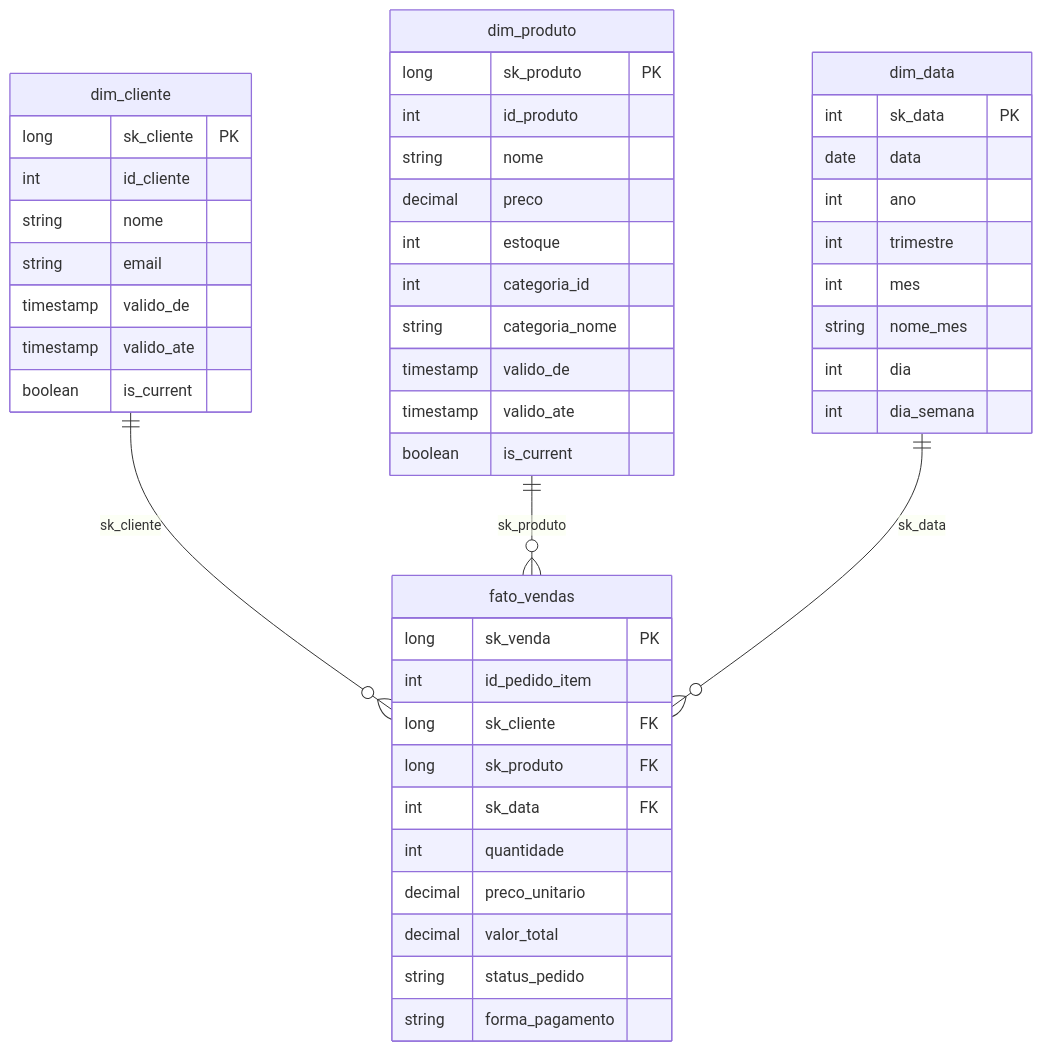
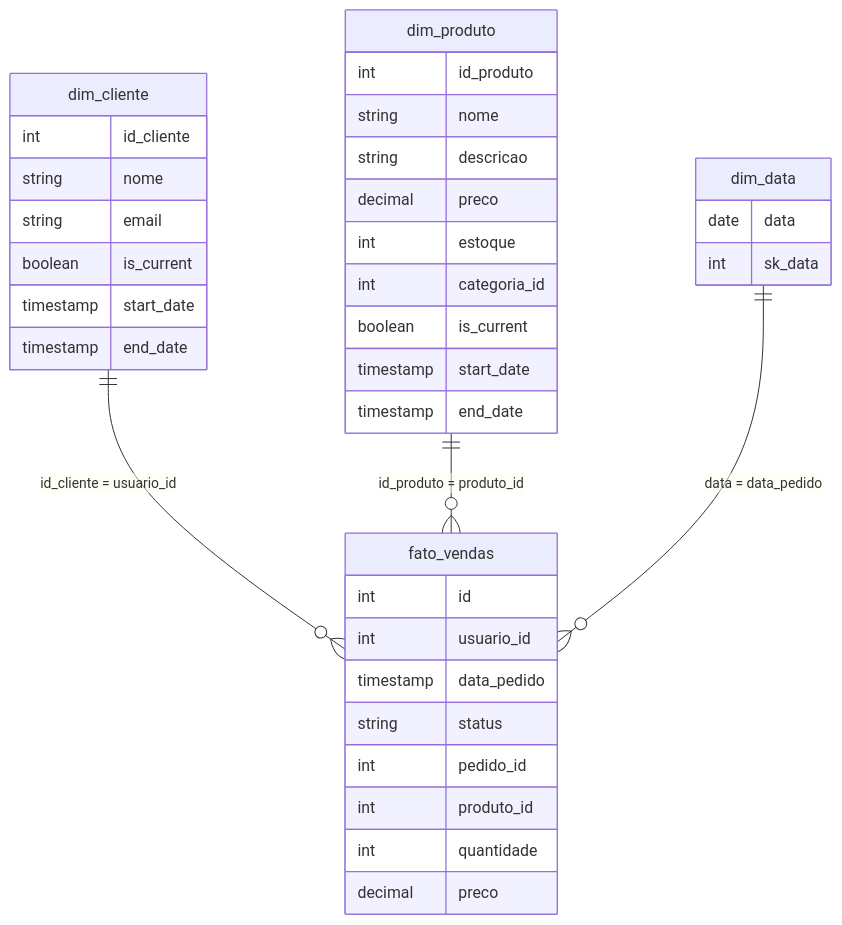
The diagram in docs/modelo-dados.md (Luan-zanardo/data-pipeline), drawn with Mermaid before and after one commit. The commit also changed other lines of this file and 21 other files, not shown here.

````diff
--- a/docs/modelo-dados.md
+++ b/docs/modelo-dados.md
@@ -116,50 +114,40 @@
 ```mermaid
 erDiagram
-    dim_cliente ||--o{ fato_vendas : "sk_cliente"
-    dim_produto ||--o{ fato_vendas : "sk_produto"
-    dim_data    ||--o{ fato_vendas : "sk_data"
+    dim_cliente ||--o{ fato_vendas : "id_cliente = usuario_id"
+    dim_produto ||--o{ fato_vendas : "id_produto = produto_id"
+    dim_data    ||--o{ fato_vendas : "data = data_pedido"
 
     fato_vendas {
-        long sk_venda PK
-        int  id_pedido_item
-        long sk_cliente FK
-        long sk_produto FK
-        int  sk_data FK
-        int  quantidade
-        decimal preco_unitario
-        decimal valor_total
-        string status_pedido
-        string forma_pagamento
+        int id
+        int usuario_id
+        timestamp data_pedido
+        string status
+        int pedido_id
+        int produto_id
+        int quantidade
+        decimal preco
     }
     dim_cliente {
-        long sk_cliente PK
-        int  id_cliente
+        int id_cliente
         string nome
         string email
-        timestamp valido_de
-        timestamp valido_ate
         boolean is_current
+        timestamp start_date
+        timestamp end_date
     }
     dim_produto {
-        long sk_produto PK
-        int  id_produto
+        int id_produto
         string nome
+        string descricao
         decimal preco
         int estoque
         int categoria_id
-        string categoria_nome
-        timestamp valido_de
-        timestamp valido_ate
         boolean is_current
+        timestamp start_date
+        timestamp end_date
     }
     dim_data {
-        int sk_data PK
         date data
-        int ano
-        int trimestre
-        int mes
-        string nome_mes
-        int dia
-        int dia_semana
+        int sk_data
     }
 ```
````
